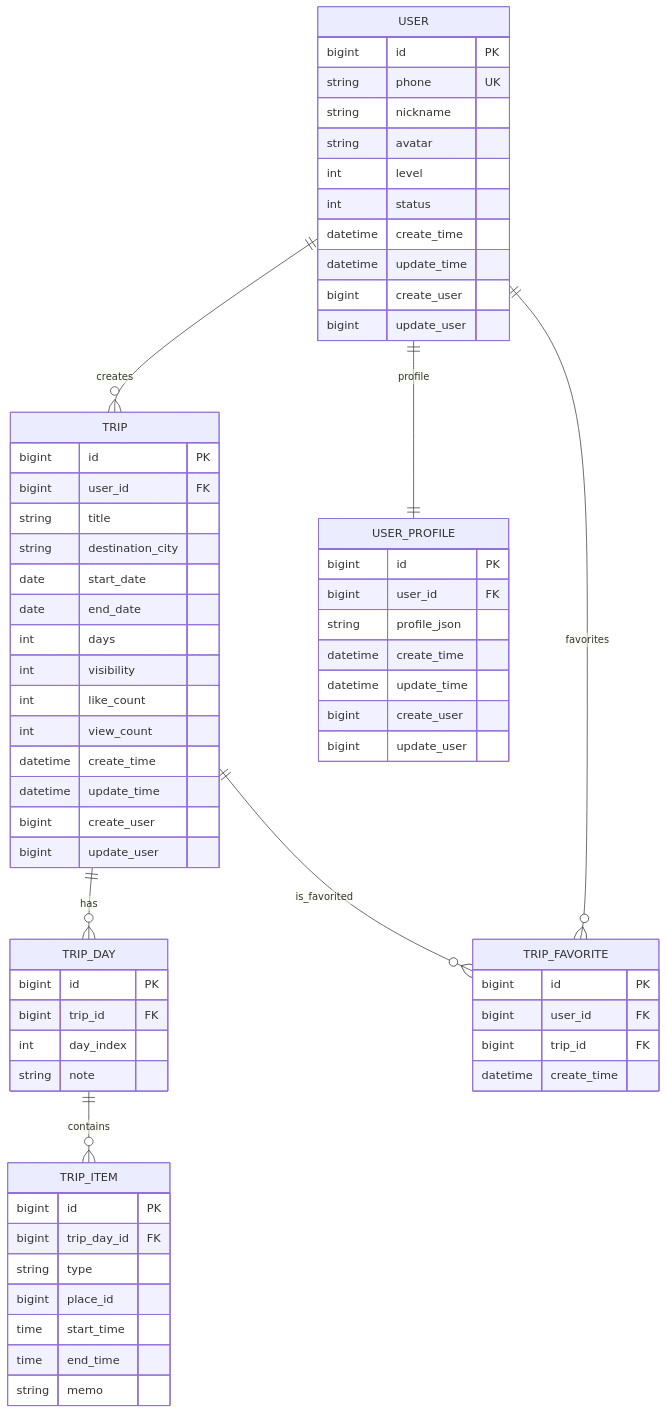
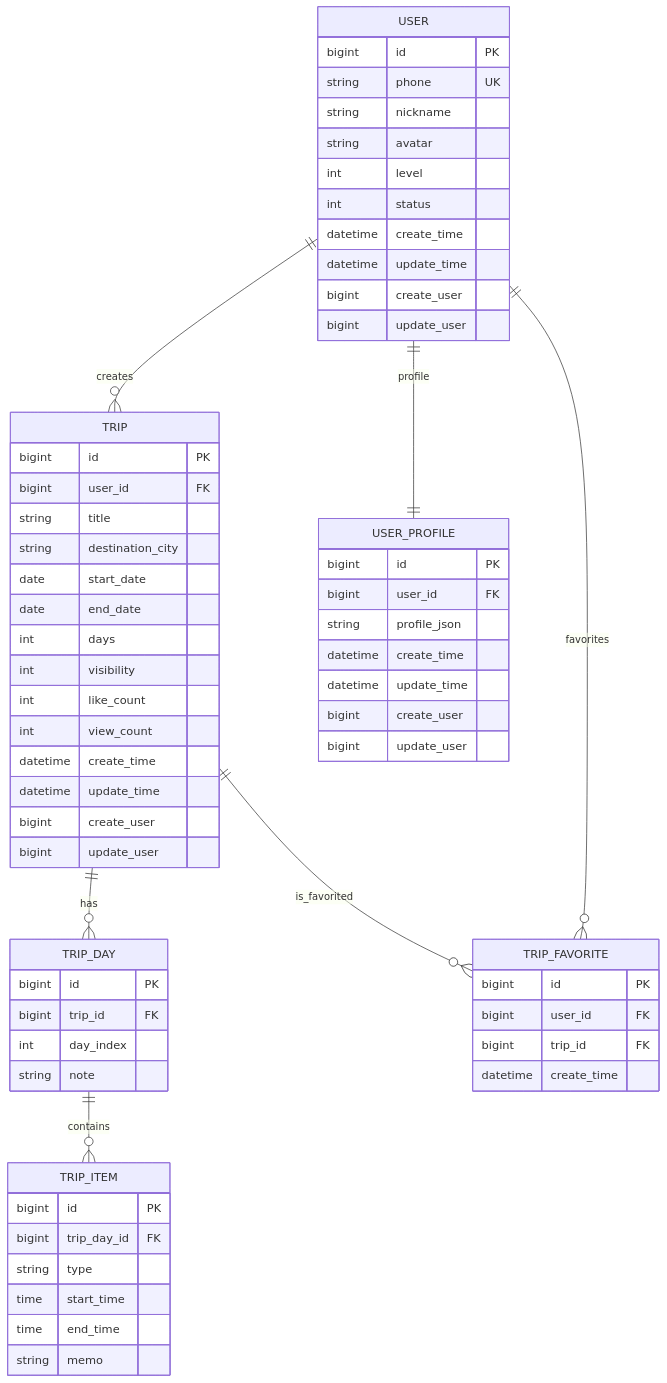
One commit to 1999t/triphub changed the diagram in db/数据库表说明.md. Above: the diagram before and after it, drawn with Mermaid. The commit also changed other lines of this file and 13 other files, not shown here.

````diff
--- a/db/数据库表说明.md
+++ b/db/数据库表说明.md
@@ -11,73 +11,72 @@
 ```mermaid
 erDiagram
     USER {
         bigint id PK
         string phone UK
         string nickname
         string avatar
         int level
         int status
         datetime create_time
         datetime update_time
         bigint create_user
         bigint update_user
     }
 
     TRIP {
         bigint id PK
         bigint user_id FK
         string title
         string destination_city
         date start_date
         date end_date
         int days
         int visibility
         int like_count
         int view_count
         datetime create_time
         datetime update_time
         bigint create_user
         bigint update_user
     }
 
     TRIP_DAY {
         bigint id PK
         bigint trip_id FK
         int day_index
         string note
     }
 
     TRIP_ITEM {
         bigint id PK
         bigint trip_day_id FK
         string type
-        bigint place_id
         time start_time
         time end_time
         string memo
     }
 
     USER_PROFILE {
         bigint id PK
         bigint user_id FK
         string profile_json
         datetime create_time
         datetime update_time
         bigint create_user
         bigint update_user
     }
 
     TRIP_FAVORITE {
         bigint id PK
         bigint user_id FK
         bigint trip_id FK
         datetime create_time
     }
 
     USER ||--o{ TRIP : creates
     TRIP ||--o{ TRIP_DAY : has
     TRIP_DAY ||--o{ TRIP_ITEM : contains
     USER ||--|| USER_PROFILE : profile
     USER ||--o{ TRIP_FAVORITE : favorites
     TRIP ||--o{ TRIP_FAVORITE : is_favorited
 ```
````
